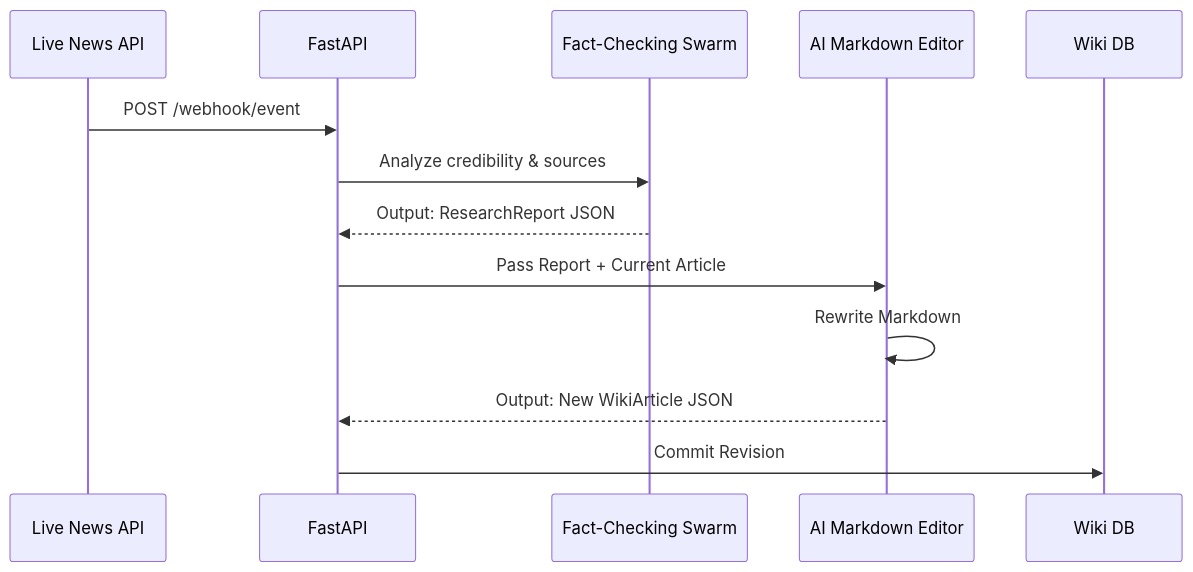
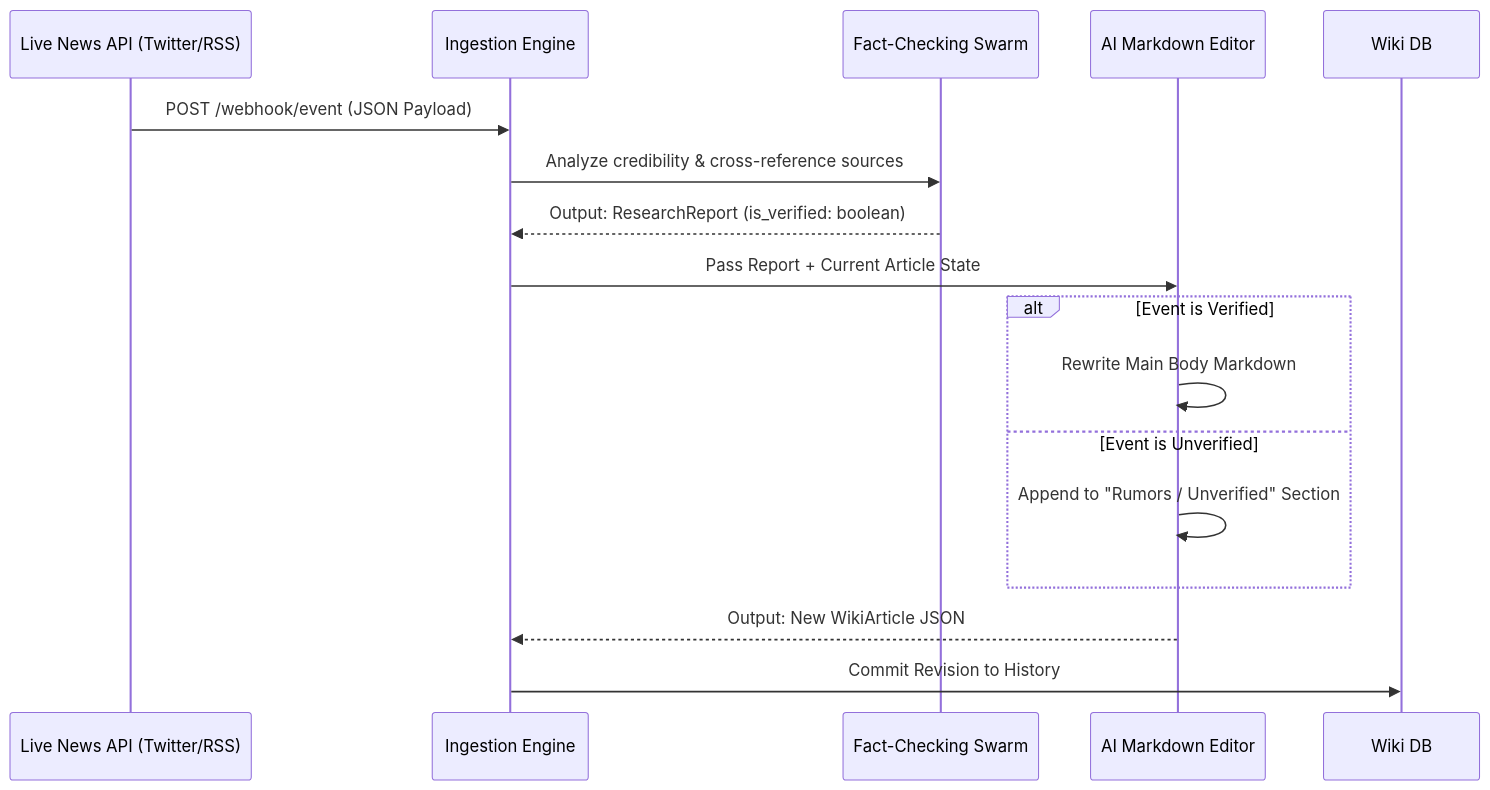
Before and after one commit to lakshanmuruganandam/living-wikipedia: the diagram in README.md, drawn with Mermaid. The commit also changed other lines of this file and 1 other file, not shown here.

````diff
--- a/README.md
+++ b/README.md
@@ -19,16 +35,22 @@
 ```mermaid
 sequenceDiagram
-    participant Webhook as Live News API
-    participant FastAPI
+    participant Webhook as Live News API (Twitter/RSS)
+    participant FastAPI as Ingestion Engine
     participant Researcher as Fact-Checking Swarm
     participant Editor as AI Markdown Editor
     participant Database as Wiki DB
 
-    Webhook->>FastAPI: POST /webhook/event
-    FastAPI->>Researcher: Analyze credibility & sources
-    Researcher-->>FastAPI: Output: ResearchReport JSON
-    FastAPI->>Editor: Pass Report + Current Article
-    Editor->>Editor: Rewrite Markdown
+    Webhook->>FastAPI: POST /webhook/event (JSON Payload)
+    FastAPI->>Researcher: Analyze credibility & cross-reference sources
+    Researcher-->>FastAPI: Output: ResearchReport (is_verified: boolean)
+    FastAPI->>Editor: Pass Report + Current Article State
+    
+    alt Event is Verified
+        Editor->>Editor: Rewrite Main Body Markdown
+    else Event is Unverified
+        Editor->>Editor: Append to "Rumors / Unverified" Section
+    end
+    
     Editor-->>FastAPI: Output: New WikiArticle JSON
-    FastAPI->>Database: Commit Revision
+    FastAPI->>Database: Commit Revision to History
 ```
````
